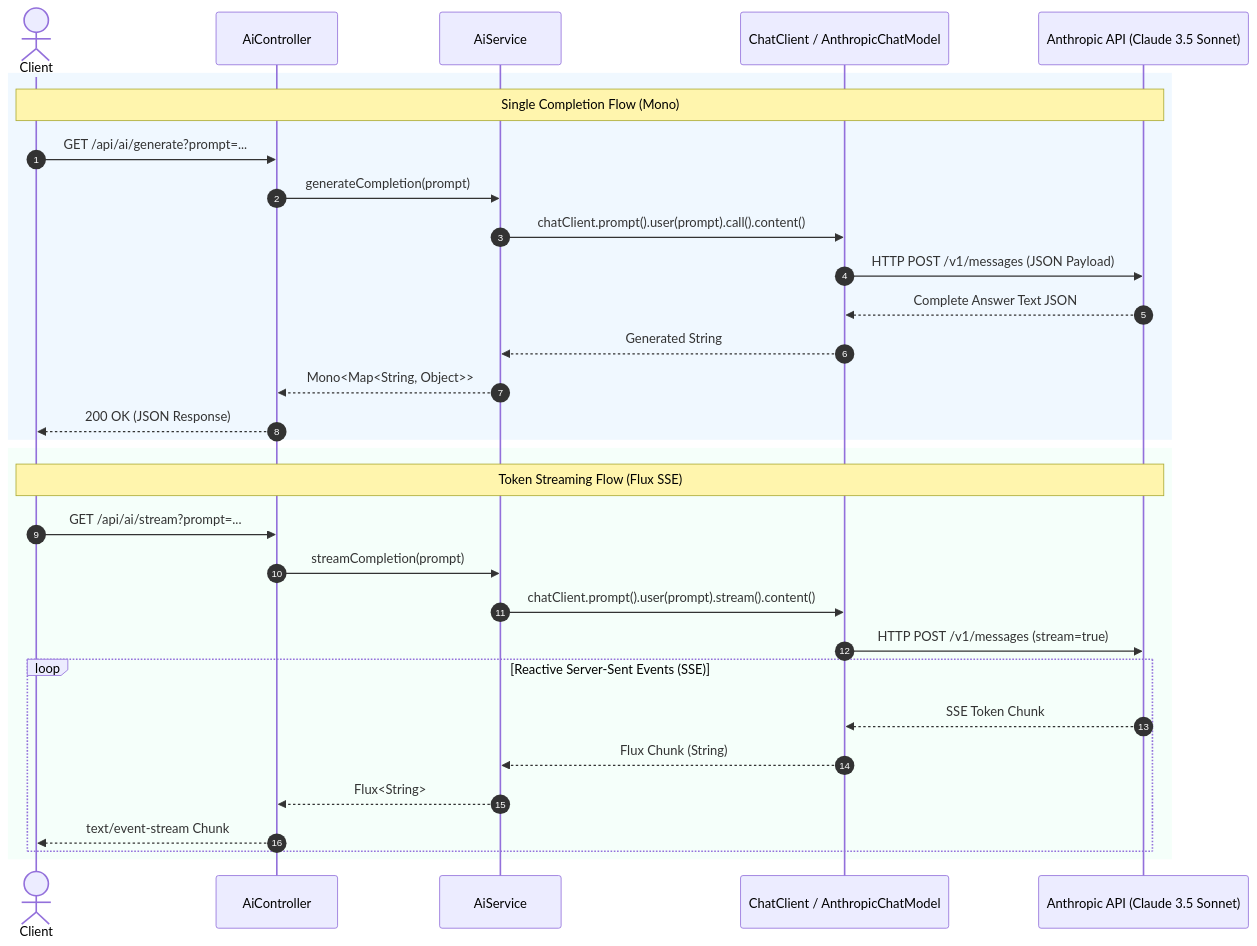
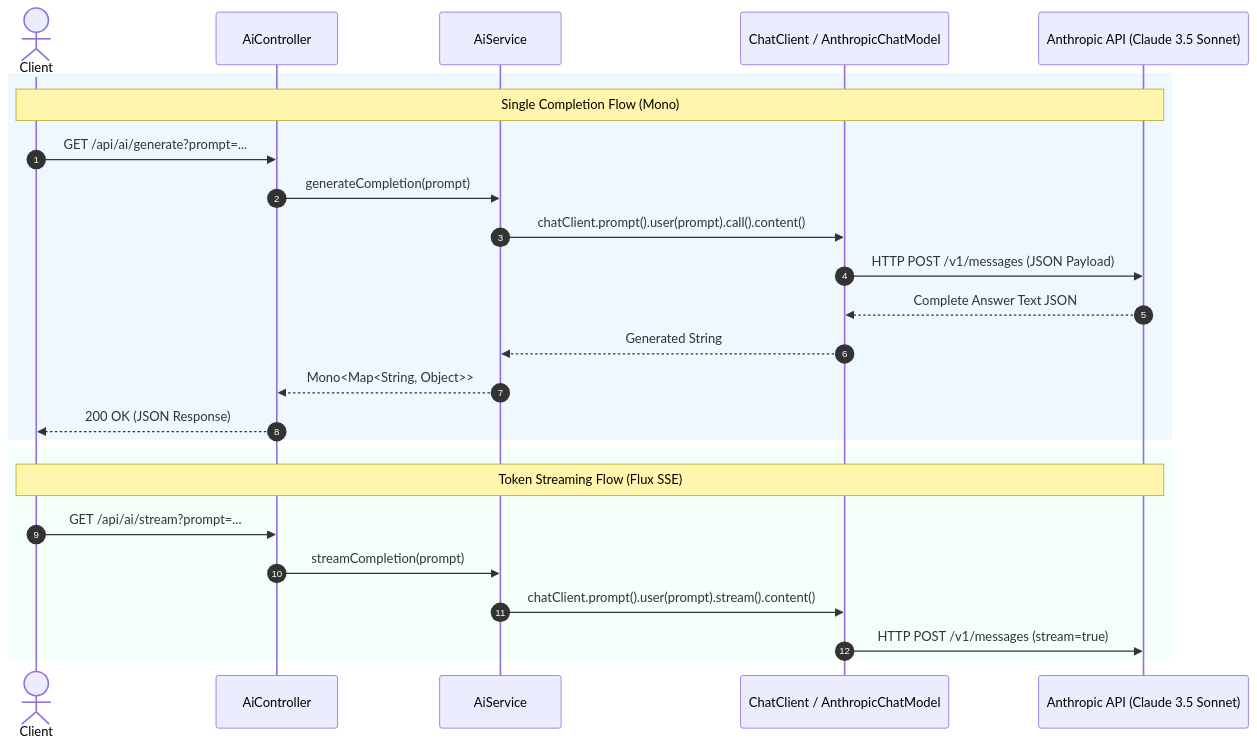
The fifth of 6 diagrams in README.md (roy0111/springbootpractice), drawn with Mermaid before and after one commit. The commit also changed other lines of this file and 2 other files, not shown here.

Commit message:
feat: add Tag model, database DDL, and domain flowchart diagram in README

````diff
--- a/README.md
+++ b/README.md
@@ -223,35 +225,29 @@
 ```mermaid
 sequenceDiagram
     autonumber
     actor Client
     participant Controller as AiController
     participant Service as AiService
     participant SpringAI as ChatClient / AnthropicChatModel
     participant Claude as Anthropic API (Claude 3.5 Sonnet)
 
     rect rgb(240, 248, 255)
         note over Client, Claude: Single Completion Flow (Mono)
         Client->>Controller: GET /api/ai/generate?prompt=...
         Controller->>Service: generateCompletion(prompt)
         Service->>SpringAI: chatClient.prompt().user(prompt).call().content()
         SpringAI->>Claude: HTTP POST /v1/messages (JSON Payload)
         Claude-->>SpringAI: Complete Answer Text JSON
         SpringAI-->>Service: Generated String
         Service-->>Controller: Mono<Map<String, Object>>
         Controller-->>Client: 200 OK (JSON Response)
     end
 
     rect rgb(245, 255, 250)
         note over Client, Claude: Token Streaming Flow (Flux SSE)
         Client->>Controller: GET /api/ai/stream?prompt=...
         Controller->>Service: streamCompletion(prompt)
         Service->>SpringAI: chatClient.prompt().user(prompt).stream().content()
         SpringAI->>Claude: HTTP POST /v1/messages (stream=true)
-        loop Reactive Server-Sent Events (SSE)
-            Claude-->>SpringAI: SSE Token Chunk
-            SpringAI-->>Service: Flux Chunk (String)
-            Service-->>Controller: Flux<String>
-            Controller-->>Client: text/event-stream Chunk
-        end
     end
 ```
````
